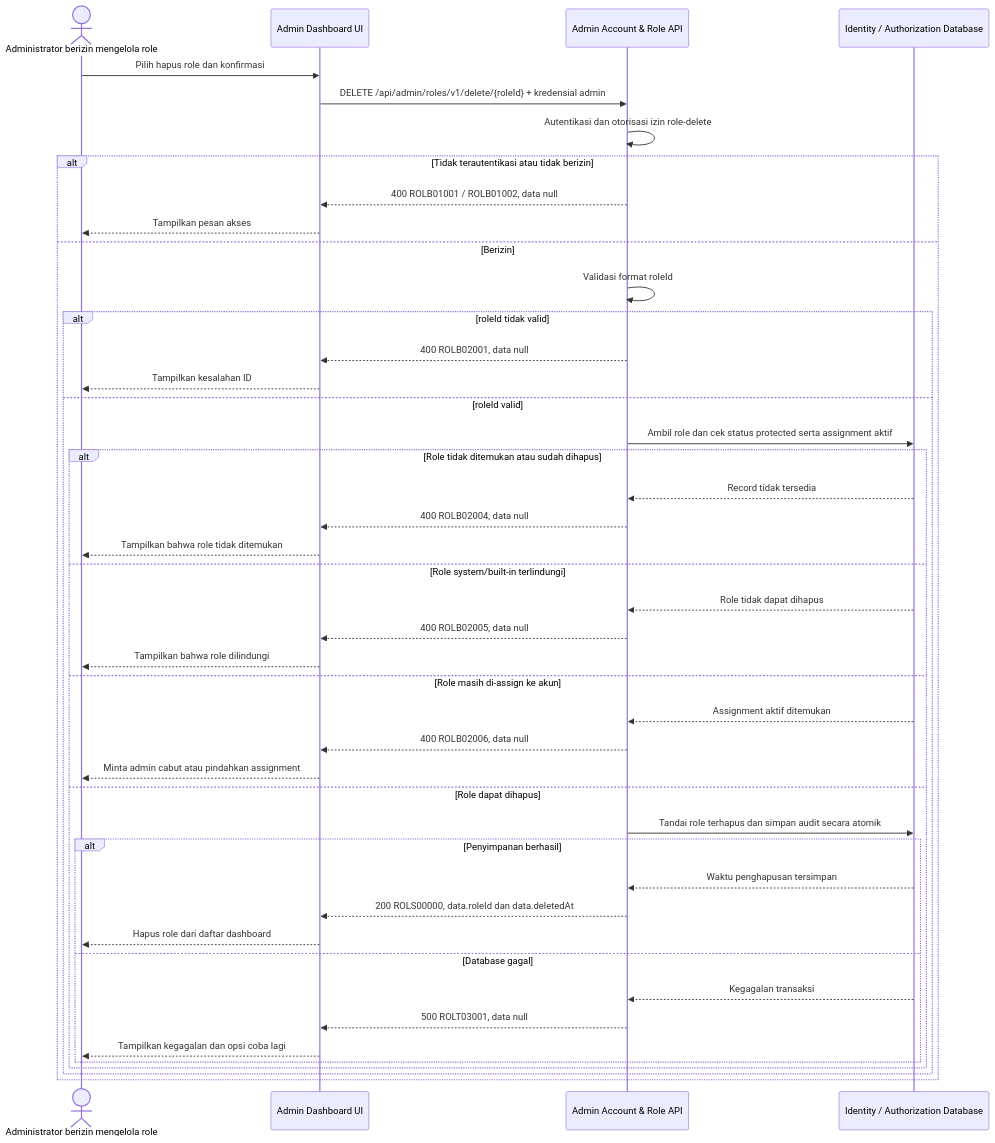
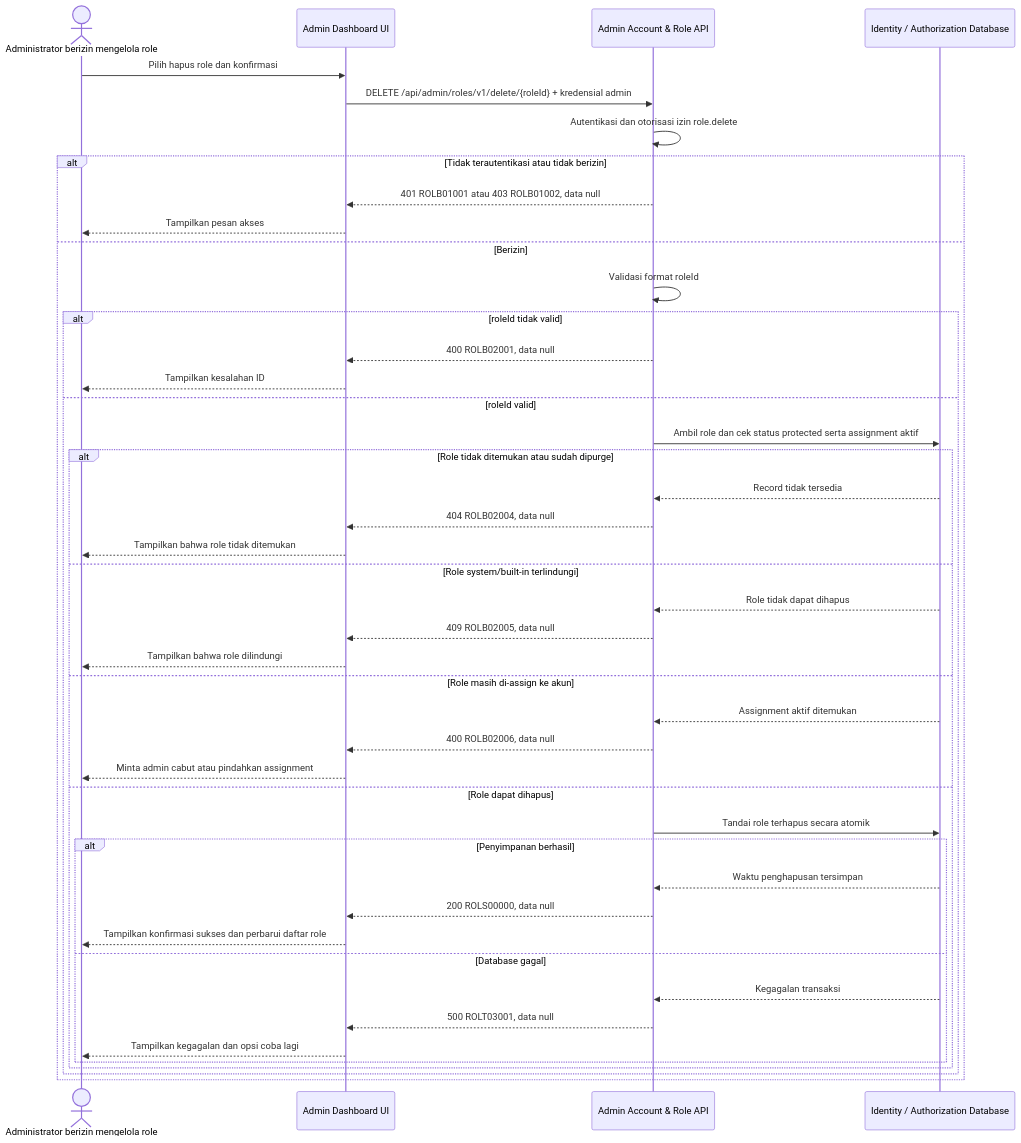
One commit to fatihmuhamadridho/docs-game-service-platform changed the diagram in sprint-1/solutioning/dashboard/accounts-roles/delete-role.md. Above: the diagram before and after it, drawn with Mermaid. The commit also changed other lines of this file and 32 other files, not shown here.

````diff
--- a/sprint-1/solutioning/dashboard/accounts-roles/delete-role.md
+++ b/sprint-1/solutioning/dashboard/accounts-roles/delete-role.md
@@ -14,46 +14,46 @@
 ```mermaid
 sequenceDiagram
     actor Admin as Administrator berizin mengelola role
     participant UI as Admin Dashboard UI
     participant API as Admin Account & Role API
     participant DB as Identity / Authorization Database
     Admin->>UI: Pilih hapus role dan konfirmasi
     UI->>API: DELETE /api/admin/roles/v1/delete/{roleId} + kredensial admin
-    API->>API: Autentikasi dan otorisasi izin role-delete
+    API->>API: Autentikasi dan otorisasi izin role.delete
     alt Tidak terautentikasi atau tidak berizin
-        API-->>UI: 400 ROLB01001 / ROLB01002, data null
+        API-->>UI: 401 ROLB01001 atau 403 ROLB01002, data null
         UI-->>Admin: Tampilkan pesan akses
     else Berizin
         API->>API: Validasi format roleId
         alt roleId tidak valid
             API-->>UI: 400 ROLB02001, data null
             UI-->>Admin: Tampilkan kesalahan ID
         else roleId valid
             API->>DB: Ambil role dan cek status protected serta assignment aktif
-            alt Role tidak ditemukan atau sudah dihapus
+            alt Role tidak ditemukan atau sudah dipurge
                 DB-->>API: Record tidak tersedia
-                API-->>UI: 400 ROLB02004, data null
+                API-->>UI: 404 ROLB02004, data null
                 UI-->>Admin: Tampilkan bahwa role tidak ditemukan
             else Role system/built-in terlindungi
                 DB-->>API: Role tidak dapat dihapus
-                API-->>UI: 400 ROLB02005, data null
+                API-->>UI: 409 ROLB02005, data null
                 UI-->>Admin: Tampilkan bahwa role dilindungi
             else Role masih di-assign ke akun
                 DB-->>API: Assignment aktif ditemukan
                 API-->>UI: 400 ROLB02006, data null
                 UI-->>Admin: Minta admin cabut atau pindahkan assignment
             else Role dapat dihapus
-                API->>DB: Tandai role terhapus dan simpan audit secara atomik
+                API->>DB: Tandai role terhapus secara atomik
                 alt Penyimpanan berhasil
                     DB-->>API: Waktu penghapusan tersimpan
-                    API-->>UI: 200 ROLS00000, data.roleId dan data.deletedAt
-                    UI-->>Admin: Hapus role dari daftar dashboard
+                    API-->>UI: 200 ROLS00000, data null
+                    UI-->>Admin: Tampilkan konfirmasi sukses dan perbarui daftar role
                 else Database gagal
                     DB-->>API: Kegagalan transaksi
                     API-->>UI: 500 ROLT03001, data null
                     UI-->>Admin: Tampilkan kegagalan dan opsi coba lagi
                 end
             end
         end
     end
 ```
````
